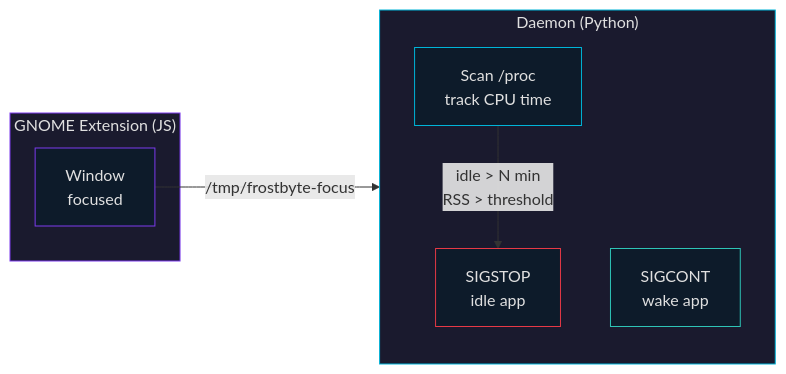
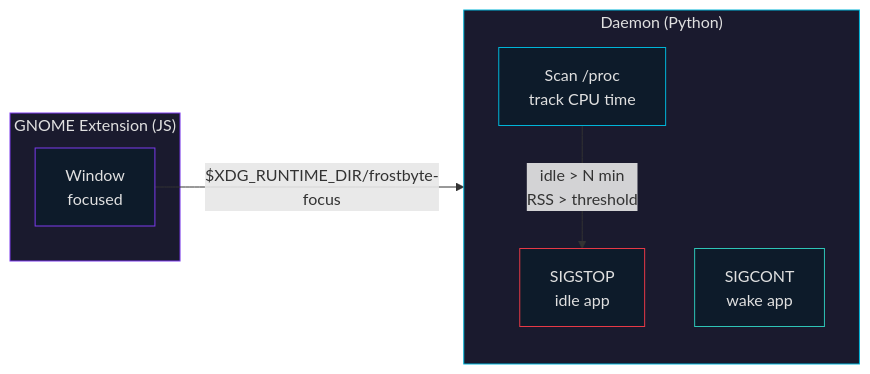
One commit to VladislavTsytrikov/frostbyte changed the diagram in README.md. Above: the diagram before and after it, drawn with Mermaid. The commit also changed other lines of this file, not shown here.

````diff
--- a/README.md
+++ b/README.md
@@ -119,23 +123,23 @@
 ```mermaid
 flowchart LR
     subgraph daemon [" Daemon (Python)"]
         direction TB
         scan["Scan /proc\ntrack CPU time"]
         freeze["SIGSTOP\nidle app"]
         thaw["SIGCONT\nwake app"]
     end
 
     subgraph ext [" GNOME Extension (JS)"]
         focus["Window\nfocused"]
     end
 
     scan -- "idle > N min\nRSS > threshold" --> freeze
-    focus -- "/tmp/frostbyte-focus" --> thaw
+    focus -- "$XDG_RUNTIME_DIR/frostbyte-focus" --> thaw
 
     style daemon fill:#1a1a2e,stroke:#00b4d8,color:#e0e0e0
     style ext fill:#1a1a2e,stroke:#7c3aed,color:#e0e0e0
     style scan fill:#0d1b2a,stroke:#00b4d8,color:#e0e0e0
     style freeze fill:#0d1b2a,stroke:#e63946,color:#e0e0e0
     style thaw fill:#0d1b2a,stroke:#2ec4b6,color:#e0e0e0
     style focus fill:#0d1b2a,stroke:#7c3aed,color:#e0e0e0
 ```
````
